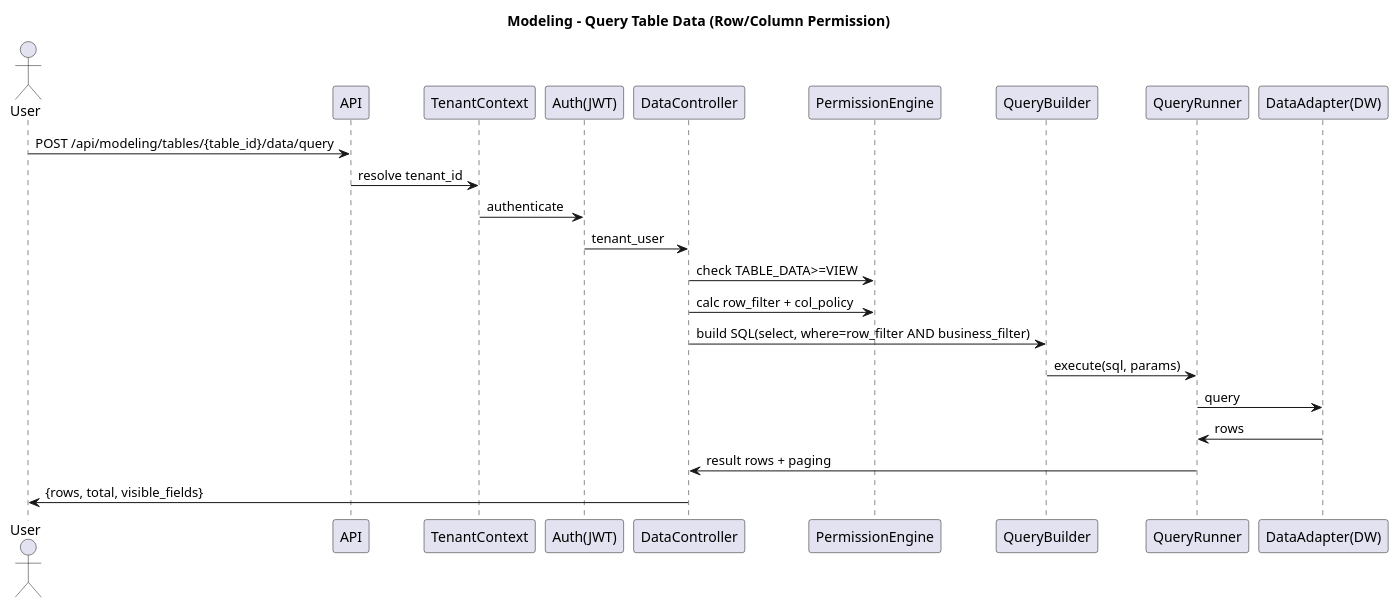
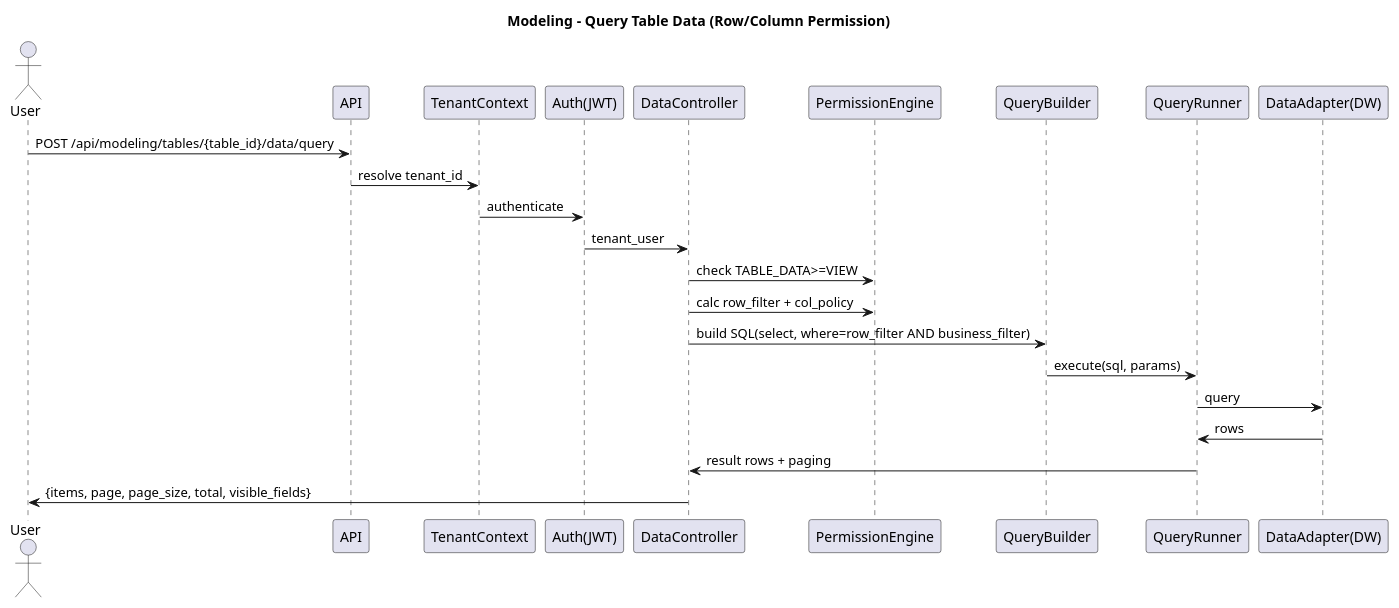
One commit to FangZiyong/grass changed diagram 18 of 29 in docs/tech.md. Above: the diagram before and after it, drawn with PlantUML. The commit also changed other lines of this file and 29 other files, not shown here.

````diff
--- a/docs/tech.md
+++ b/docs/tech.md
@@ -2351,28 +2731,28 @@
 ```plantuml
 @startuml
 title Modeling - Query Table Data (Row/Column Permission)
 
 actor User
 participant "API" as API
 participant "TenantContext" as TC
 participant "Auth(JWT)" as AUTH
 participant "DataController" as C
 participant "PermissionEngine" as PE
 participant "QueryBuilder" as QB
 participant "QueryRunner" as QR
 participant "DataAdapter(DW)" as ADP
 
 User -> API : POST /api/modeling/tables/{table_id}/data/query
 API -> TC : resolve tenant_id
 TC -> AUTH : authenticate
 AUTH -> C : tenant_user
 C -> PE : check TABLE_DATA>=VIEW
 C -> PE : calc row_filter + col_policy
 C -> QB : build SQL(select, where=row_filter AND business_filter)
 QB -> QR : execute(sql, params)
 QR -> ADP : query
 ADP -> QR : rows
 QR -> C : result rows + paging
-C -> User : {rows, total, visible_fields}
+C -> User : {items, page, page_size, total, visible_fields}
 @enduml
 ```
````
